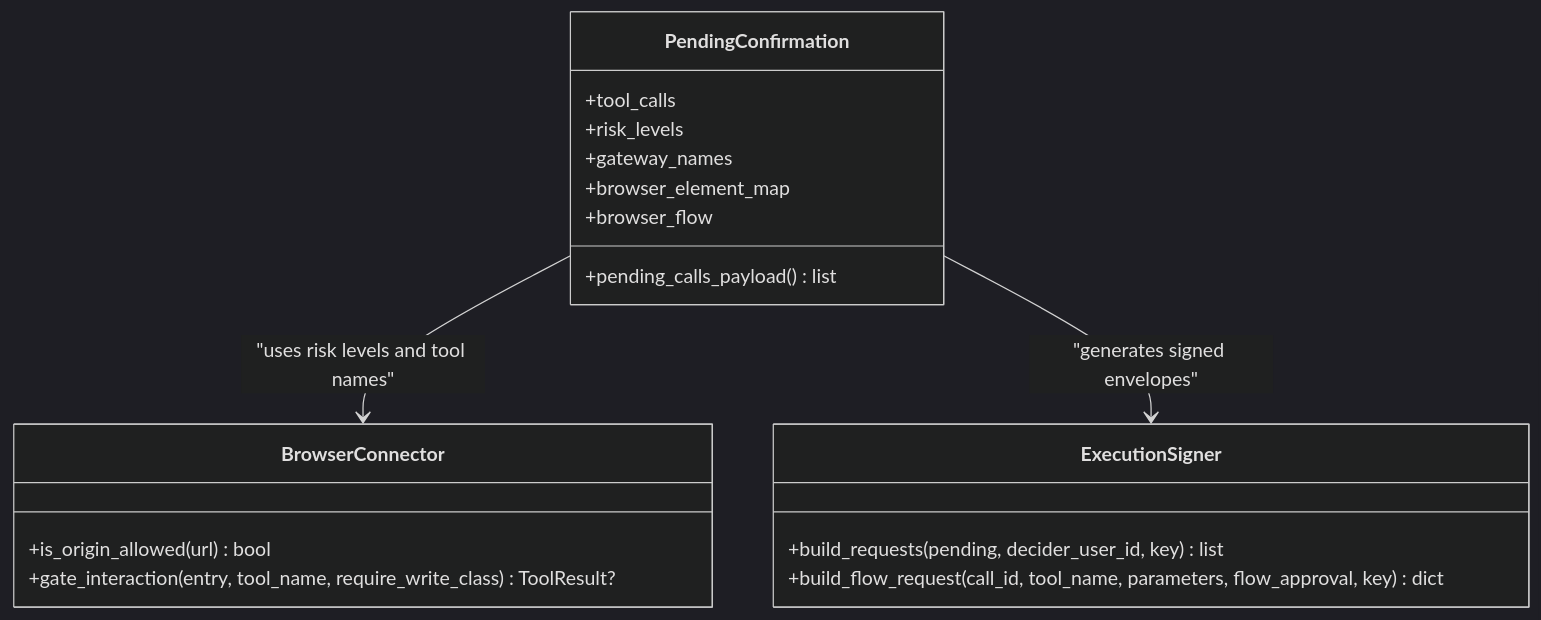
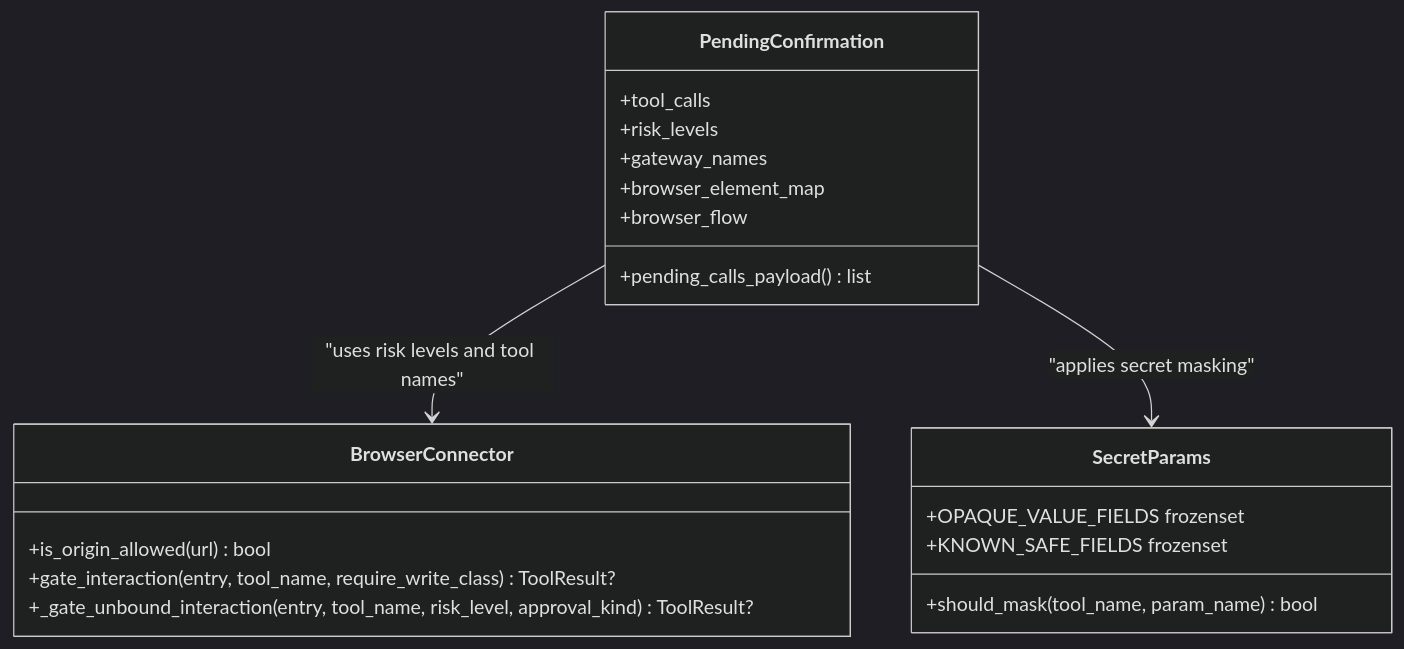
Before and after one commit to metasync/luban-aiops: the fifth of 10 diagrams in .qoder/repowiki/en/content/Architecture Documentation/SPEC-054_ Action-Level Approval and Change Request Card.md, drawn with Mermaid (dark theme). The commit also changed other lines of this file and 47 other files, not shown here.

````diff
--- a/.qoder/repowiki/en/content/Architecture Documentation/SPEC-054_ Action-Level Approval and Change Request Card.md
+++ b/.qoder/repowiki/en/content/Architecture Documentation/SPEC-054_ Action-Level Approval and Change Request Card.md
@@ -220,21 +214,23 @@
 ```mermaid
 classDiagram
 class PendingConfirmation {
 +tool_calls
 +risk_levels
 +gateway_names
 +browser_element_map
 +browser_flow
 +pending_calls_payload() list
 }
 class BrowserConnector {
 +is_origin_allowed(url) bool
 +gate_interaction(entry, tool_name, require_write_class) ToolResult?
++_gate_unbound_interaction(entry, tool_name, risk_level, approval_kind) ToolResult?
 }
-class ExecutionSigner {
-+build_requests(pending, decider_user_id, key) list
-+build_flow_request(call_id, tool_name, parameters, flow_approval, key) dict
+class SecretParams {
++OPAQUE_VALUE_FIELDS frozenset
++KNOWN_SAFE_FIELDS frozenset
++should_mask(tool_name, param_name) bool
 }
 PendingConfirmation --> BrowserConnector : "uses risk levels and tool names"
-PendingConfirmation --> ExecutionSigner : "generates signed envelopes"
+PendingConfirmation --> SecretParams : "applies secret masking"
 ```
````
